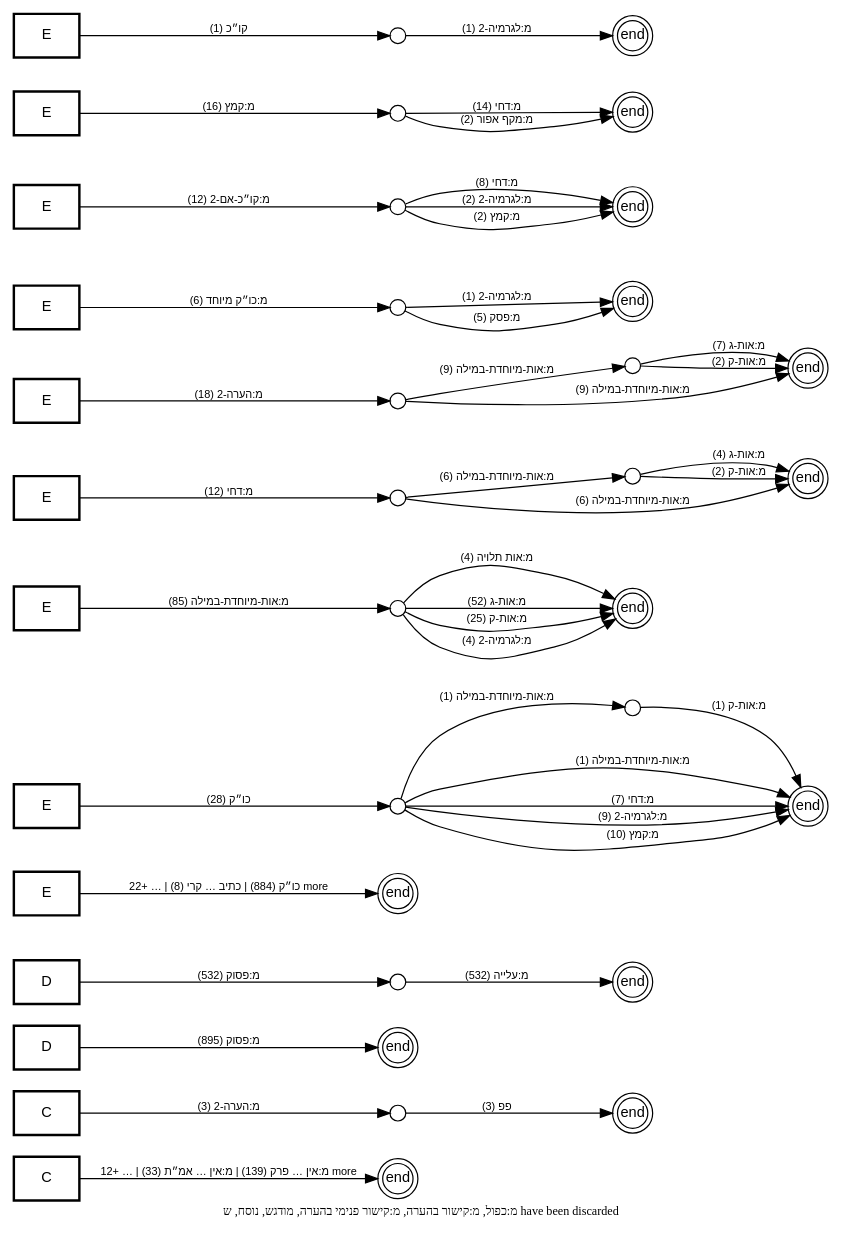
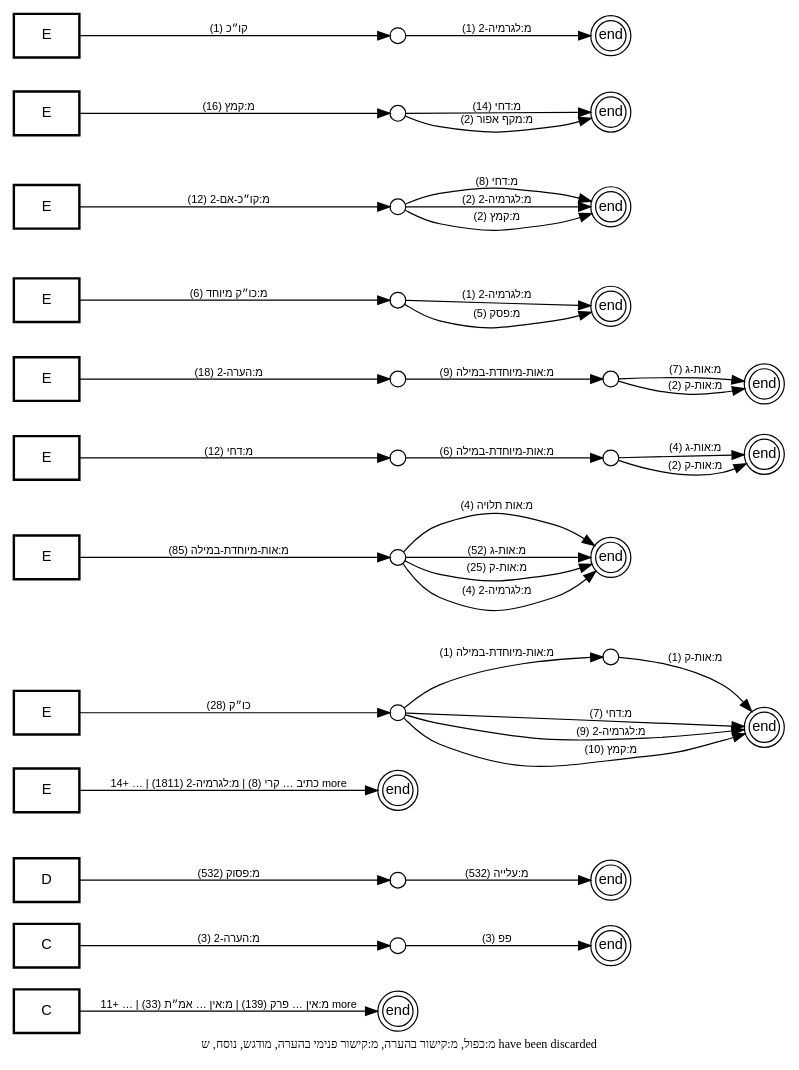
The diagram in out/tmpl-survey-plus/plus-call-graph-templates-as-edges.dot (bdenckla/MAM-basics), drawn with Graphviz before and after one commit. The commit also changed 2 other files, not shown here.

```diff
--- a/out/tmpl-survey-plus/plus-call-graph-templates-as-edges.dot
+++ b/out/tmpl-survey-plus/plus-call-graph-templates-as-edges.dot
@@ -1,102 +1,96 @@
 // This file was generated by MAM-basics/py/main_tmpl_survey.py.
 // Do not edit by hand.
 digraph template_call_graph_templates_as_edges {
     rankdir=LR;
     node [fontname="SBL Hebrew,Helvetica", fontsize=12];
     edge [fontname="SBL Hebrew,Helvetica", fontsize=9];
     graph [comment="This file was generated by MAM-basics/py/main_tmpl_survey.py."];
 
     // Stack start nodes
     node [shape=box, style=bold];
     "C::start" [label="C", tooltip="Stack start for C (one-hop aggregate)"];
     "C::start::מ:הערה-2" [label="C", tooltip="Stack start for C/מ:הערה-2"];
-    "D::start" [label="D", tooltip="Stack start for D (one-hop aggregate)"];
     "D::start::מ:פסוק" [label="D", tooltip="Stack start for D/מ:פסוק"];
     "E::start" [label="E", tooltip="Stack start for E (one-hop aggregate)"];
     "E::start::כו״ק" [label="E", tooltip="Stack start for E/כו״ק"];
     "E::start::מ:אות-מיוחדת-במילה" [label="E", tooltip="Stack start for E/מ:אות-מיוחדת-במילה"];
     "E::start::מ:דחי" [label="E", tooltip="Stack start for E/מ:דחי"];
     "E::start::מ:הערה-2" [label="E", tooltip="Stack start for E/מ:הערה-2"];
     "E::start::מ:כו״ק מיוחד" [label="E", tooltip="Stack start for E/מ:כו״ק מיוחד"];
     "E::start::מ:קו״כ-אם-2" [label="E", tooltip="Stack start for E/מ:קו״כ-אם-2"];
     "E::start::מ:קמץ" [label="E", tooltip="Stack start for E/מ:קמץ"];
     "E::start::קו״כ" [label="E", tooltip="Stack start for E/קו״כ"];
 
     // Internal stack-state nodes
     node [shape=circle, style="", width=0.18, height=0.18, fixedsize=true];
     "C::stack::מ:הערה-2" [label="", tooltip="C/מ:הערה-2"];
     "D::stack::מ:פסוק" [label="", tooltip="D/מ:פסוק"];
     "E::stack::כו״ק" [label="", tooltip="E/כו״ק"];
     "E::stack::כו״ק/מ:אות-מיוחדת-במילה" [label="", tooltip="E/כו״ק/מ:אות-מיוחדת-במילה"];
     "E::stack::מ:אות-מיוחדת-במילה" [label="", tooltip="E/מ:אות-מיוחדת-במילה"];
     "E::stack::מ:דחי" [label="", tooltip="E/מ:דחי"];
     "E::stack::מ:דחי/מ:אות-מיוחדת-במילה" [label="", tooltip="E/מ:דחי/מ:אות-מיוחדת-במילה"];
     "E::stack::מ:הערה-2" [label="", tooltip="E/מ:הערה-2"];
     "E::stack::מ:הערה-2/מ:אות-מיוחדת-במילה" [label="", tooltip="E/מ:הערה-2/מ:אות-מיוחדת-במילה"];
     "E::stack::מ:כו״ק מיוחד" [label="", tooltip="E/מ:כו״ק מיוחד"];
     "E::stack::מ:קו״כ-אם-2" [label="", tooltip="E/מ:קו״כ-אם-2"];
     "E::stack::מ:קמץ" [label="", tooltip="E/מ:קמץ"];
     "E::stack::קו״כ" [label="", tooltip="E/קו״כ"];
 
     // Stack-end nodes
     node [shape=doublecircle, style="", width=0.35, height=0.35, fixedsize=true];
     "C::stack-end" [label="end", tooltip="Stack end for C"];
     "C::stack-end::מ:הערה-2" [label="end", tooltip="Stack end for C/מ:הערה-2"];
-    "D::stack-end" [label="end", tooltip="Stack end for D"];
     "D::stack-end::מ:פסוק" [label="end", tooltip="Stack end for D/מ:פסוק"];
     "E::stack-end" [label="end", tooltip="Stack end for E"];
     "E::stack-end::כו״ק" [label="end", tooltip="Stack end for E/כו״ק"];
     "E::stack-end::מ:אות-מיוחדת-במילה" [label="end", tooltip="Stack end for E/מ:אות-מיוחדת-במילה"];
     "E::stack-end::מ:דחי" [label="end", tooltip="Stack end for E/מ:דחי"];
     "E::stack-end::מ:הערה-2" [label="end", tooltip="Stack end for E/מ:הערה-2"];
     "E::stack-end::מ:כו״ק מיוחד" [label="end", tooltip="Stack end for E/מ:כו״ק מיוחד"];
     "E::stack-end::מ:קו״כ-אם-2" [label="end", tooltip="Stack end for E/מ:קו״כ-אם-2"];
     "E::stack-end::מ:קמץ" [label="end", tooltip="Stack end for E/מ:קמץ"];
     "E::stack-end::קו״כ" [label="end", tooltip="Stack end for E/קו״כ"];
 
     // Note
     graph [label="מ:כפול, מ:קישור בהערה, מ:קישור פנימי בהערה, מודגש, נוסח, ש have been discarded", labelloc=b, fontsize=10];
 
     // Edge-labeled templates
     "C::stack::מ:הערה-2" -> "C::stack-end::מ:הערה-2" [label="פפ (3)"];
     "C::start::מ:הערה-2" -> "C::stack::מ:הערה-2" [label="מ:הערה-2 (3)"];
     "D::stack::מ:פסוק" -> "D::stack-end::מ:פסוק" [label="מ:עלייה (532)"];
     "D::start::מ:פסוק" -> "D::stack::מ:פסוק" [label="מ:פסוק (532)"];
-    "E::stack::כו״ק" -> "E::stack-end::כו״ק" [label="מ:אות-מיוחדת-במילה (1)"];
     "E::stack::כו״ק" -> "E::stack-end::כו״ק" [label="מ:דחי (7)"];
     "E::stack::כו״ק" -> "E::stack-end::כו״ק" [label="מ:לגרמיה-2 (9)"];
     "E::stack::כו״ק" -> "E::stack-end::כו״ק" [label="מ:קמץ (10)"];
     "E::stack::כו״ק" -> "E::stack::כו״ק/מ:אות-מיוחדת-במילה" [label="מ:אות-מיוחדת-במילה (1)"];
     "E::stack::כו״ק/מ:אות-מיוחדת-במילה" -> "E::stack-end::כו״ק" [label="מ:אות-ק (1)"];
     "E::stack::מ:אות-מיוחדת-במילה" -> "E::stack-end::מ:אות-מיוחדת-במילה" [label="מ:אות תלויה (4)"];
     "E::stack::מ:אות-מיוחדת-במילה" -> "E::stack-end::מ:אות-מיוחדת-במילה" [label="מ:אות-ג (52)"];
     "E::stack::מ:אות-מיוחדת-במילה" -> "E::stack-end::מ:אות-מיוחדת-במילה" [label="מ:אות-ק (25)"];
     "E::stack::מ:אות-מיוחדת-במילה" -> "E::stack-end::מ:אות-מיוחדת-במילה" [label="מ:לגרמיה-2 (4)"];
-    "E::stack::מ:דחי" -> "E::stack-end::מ:דחי" [label="מ:אות-מיוחדת-במילה (6)"];
     "E::stack::מ:דחי" -> "E::stack::מ:דחי/מ:אות-מיוחדת-במילה" [label="מ:אות-מיוחדת-במילה (6)"];
     "E::stack::מ:דחי/מ:אות-מיוחדת-במילה" -> "E::stack-end::מ:דחי" [label="מ:אות-ג (4)"];
     "E::stack::מ:דחי/מ:אות-מיוחדת-במילה" -> "E::stack-end::מ:דחי" [label="מ:אות-ק (2)"];
-    "E::stack::מ:הערה-2" -> "E::stack-end::מ:הערה-2" [label="מ:אות-מיוחדת-במילה (9)"];
     "E::stack::מ:הערה-2" -> "E::stack::מ:הערה-2/מ:אות-מיוחדת-במילה" [label="מ:אות-מיוחדת-במילה (9)"];
     "E::stack::מ:הערה-2/מ:אות-מיוחדת-במילה" -> "E::stack-end::מ:הערה-2" [label="מ:אות-ג (7)"];
     "E::stack::מ:הערה-2/מ:אות-מיוחדת-במילה" -> "E::stack-end::מ:הערה-2" [label="מ:אות-ק (2)"];
     "E::stack::מ:כו״ק מיוחד" -> "E::stack-end::מ:כו״ק מיוחד" [label="מ:לגרמיה-2 (1)"];
     "E::stack::מ:כו״ק מיוחד" -> "E::stack-end::מ:כו״ק מיוחד" [label="מ:פסק (5)"];
     "E::stack::מ:קו״כ-אם-2" -> "E::stack-end::מ:קו״כ-אם-2" [label="מ:דחי (8)"];
     "E::stack::מ:קו״כ-אם-2" -> "E::stack-end::מ:קו״כ-אם-2" [label="מ:לגרמיה-2 (2)"];
     "E::stack::מ:קו״כ-אם-2" -> "E::stack-end::מ:קו״כ-אם-2" [label="מ:קמץ (2)"];
     "E::stack::מ:קמץ" -> "E::stack-end::מ:קמץ" [label="מ:דחי (14)"];
     "E::stack::מ:קמץ" -> "E::stack-end::מ:קמץ" [label="מ:מקף אפור (2)"];
     "E::stack::קו״כ" -> "E::stack-end::קו״כ" [label="מ:לגרמיה-2 (1)"];
     "E::start::כו״ק" -> "E::stack::כו״ק" [label="כו״ק (28)"];
     "E::start::מ:אות-מיוחדת-במילה" -> "E::stack::מ:אות-מיוחדת-במילה" [label="מ:אות-מיוחדת-במילה (85)"];
     "E::start::מ:דחי" -> "E::stack::מ:דחי" [label="מ:דחי (12)"];
     "E::start::מ:הערה-2" -> "E::stack::מ:הערה-2" [label="מ:הערה-2 (18)"];
     "E::start::מ:כו״ק מיוחד" -> "E::stack::מ:כו״ק מיוחד" [label="מ:כו״ק מיוחד (6)"];
     "E::start::מ:קו״כ-אם-2" -> "E::stack::מ:קו״כ-אם-2" [label="מ:קו״כ-אם-2 (12)"];
     "E::start::מ:קמץ" -> "E::stack::מ:קמץ" [label="מ:קמץ (16)"];
     "E::start::קו״כ" -> "E::stack::קו״כ" [label="קו״כ (1)"];
-    "C::start" -> "C::stack-end" [label="מ:אין … פרק (139) | מ:אין … אמ״ת (33) | … +12 more", tooltip="מ:אין פרשה בתחילת פרק (139) | מ:אין פרשה בתחילת פרק בספרי אמ״ת (33) | מ:אין רווח של פרשה בתחילת פרשת השבוע (1) | מ:הערה-2 (4) | מ:ספר חדש (24) | מ:רווח בתרי עשר בפסוק הראשון (12) | מ:רווח לספר בתהלים בפסוק הראשון (5) | מ:ששש (100) | סס (1513) | ססס (324) | פפ (1541) | פפפ (3) | ר1 (2) | ר4 (4269)"];
-    "D::start" -> "D::stack-end" [label="מ:פסוק (895)"];
-    "E::start" -> "E::stack-end" [label="כו״ק (884) | כתיב … קרי (8) | … +22 more", tooltip="כו״ק (884) | כתיב ולא קרי (8) | מ:אות-מיוחדת-במילה (79) | מ:דחי (2287) | מ:הערה-2 (27) | מ:כו״ק מיוחד (37) | מ:לגרמיה-2 (1811) | מ:מקף אפור (114) | מ:נו״ן הפוכה (9) | מ:פסק (515) | מ:צינור (56) | מ:קו״כ-אם-2 (148) | מ:קמץ (363) | מ:ששש (228) | סס (53) | ססס (106) | פפ (11) | פפפ (15) | קו״כ (126) | קרי ולא כתיב (9) | ר0 (536) | ר1 (4618) | ר2 (568) | ר3 (170)"];
+    "C::start" -> "C::stack-end" [label="מ:אין … פרק (139) | מ:אין … אמ״ת (33) | … +11 more", tooltip="מ:אין פרשה בתחילת פרק (139) | מ:אין פרשה בתחילת פרק בספרי אמ״ת (33) | מ:אין רווח של פרשה בתחילת פרשת השבוע (1) | מ:ספר חדש (24) | מ:רווח בתרי עשר בפסוק הראשון (12) | מ:רווח לספר בתהלים בפסוק הראשון (5) | מ:ששש (100) | סס (1513) | ססס (324) | פפ (1541) | פפפ (3) | ר1 (2) | ר4 (4269)"];
+    "E::start" -> "E::stack-end" [label="כתיב … קרי (8) | מ:לגרמיה-2 (1811) | … +14 more", tooltip="כתיב ולא קרי (8) | מ:לגרמיה-2 (1811) | מ:מקף אפור (114) | מ:נו״ן הפוכה (9) | מ:פסק (515) | מ:צינור (56) | מ:ששש (228) | סס (53) | ססס (106) | פפ (11) | פפפ (15) | קרי ולא כתיב (9) | ר0 (536) | ר1 (4618) | ר2 (568) | ר3 (170)"];
 }
```
